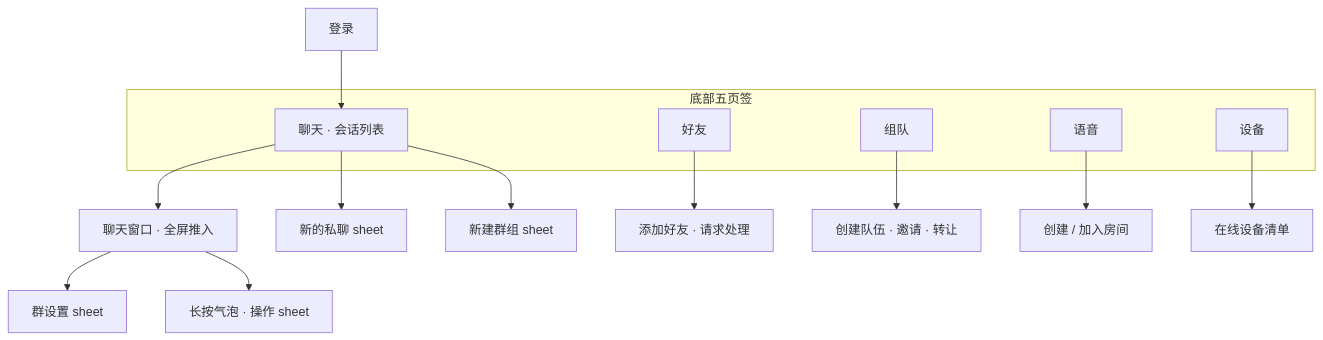
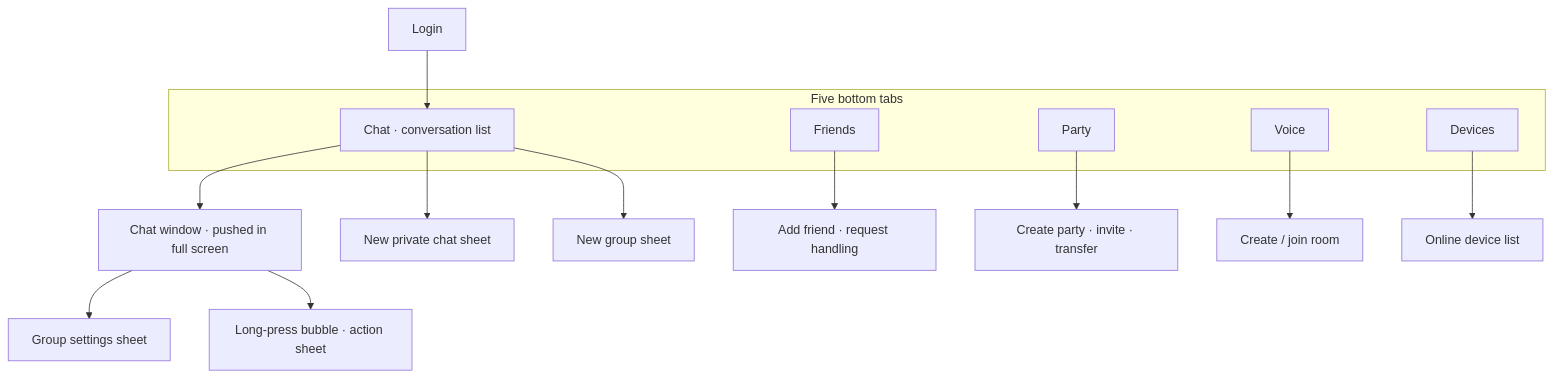
The fourth of 4 diagrams in docs/design-notes/app_chat_prototype.md (cuihairu/chirp), drawn with Mermaid before and after one commit. The commit also changed other lines of this file and 146 other files, not shown here.

````diff
--- a/docs/design-notes/app_chat_prototype.md
+++ b/docs/design-notes/app_chat_prototype.md
@@ -297,20 +305,20 @@
 ```mermaid
 graph TD
-    L["登录"] --> CH
-    subgraph TABS["底部五页签"]
-        CH["聊天 · 会话列表"]
-        FR["好友"]
-        PT["组队"]
-        VC["语音"]
-        DV["设备"]
+    L["Login"] --> CH
+    subgraph TABS["Five bottom tabs"]
+        CH["Chat · conversation list"]
+        FR["Friends"]
+        PT["Party"]
+        VC["Voice"]
+        DV["Devices"]
     end
-    CH --> CW["聊天窗口 · 全屏推入"]
-    CH --> NP["新的私聊 sheet"]
-    CH --> NG["新建群组 sheet"]
-    CW --> GS["群设置 sheet"]
-    CW --> MS["长按气泡 · 操作 sheet"]
-    FR --> FA["添加好友 · 请求处理"]
-    PT --> PC["创建队伍 · 邀请 · 转让"]
-    VC --> VR["创建 / 加入房间"]
-    DV --> OD["在线设备清单"]
+    CH --> CW["Chat window · pushed in full screen"]
+    CH --> NP["New private chat sheet"]
+    CH --> NG["New group sheet"]
+    CW --> GS["Group settings sheet"]
+    CW --> MS["Long-press bubble · action sheet"]
+    FR --> FA["Add friend · request handling"]
+    PT --> PC["Create party · invite · transfer"]
+    VC --> VR["Create / join room"]
+    DV --> OD["Online device list"]
 ```
````
